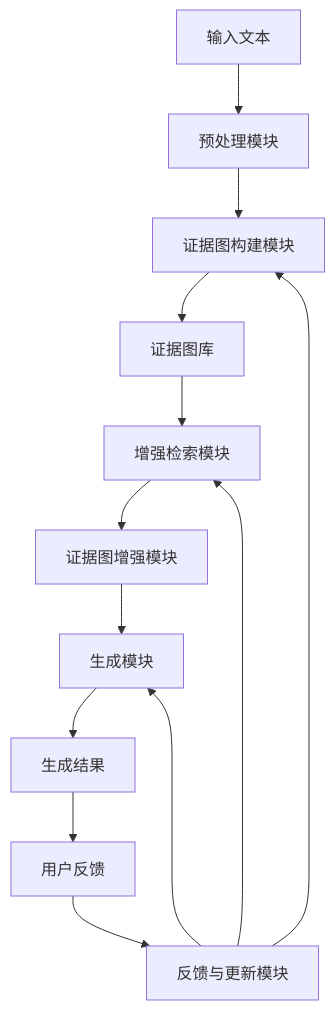
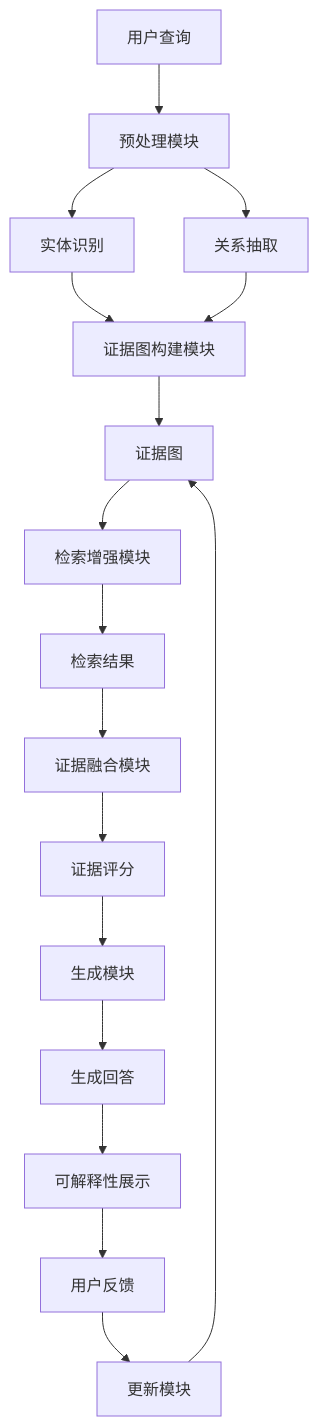
The diagram in output/progress/以证据图增强的rag系统_ada191f4/03_summary.md (valkryhx/patent_agents), drawn with Mermaid before and after one commit. The commit also changed other lines of this file and 8 other files, not shown here.

````diff
--- a/output/progress/以证据图增强的rag系统_ada191f4/03_summary.md
+++ b/output/progress/以证据图增强的rag系统_ada191f4/03_summary.md
@@ -11,15 +9,19 @@
 ```mermaid
 graph TD
-    A[输入文本] --> B[预处理模块]
-    B --> C[证据图构建模块]
-    C --> D[证据图库]
-    D --> E[增强检索模块]
-    E --> F[证据图增强模块]
-    F --> G[生成模块]
-    G --> H[生成结果]
-    H --> I[用户反馈]
-    I --> J[反馈与更新模块]
-    J --> C
-    J --> E
-    J --> G
+    A[用户查询] --> B[预处理模块]
+    B --> C[实体识别]
+    B --> D[关系抽取]
+    C --> E[证据图构建模块]
+    D --> E
+    E --> F[证据图]
+    F --> G[检索增强模块]
+    G --> H[检索结果]
+    H --> I[证据融合模块]
+    I --> J[证据评分]
+    J --> K[生成模块]
+    K --> L[生成回答]
+    L --> M[可解释性展示]
+    M --> N[用户反馈]
+    N --> O[更新模块]
+    O --> F
 ```
````
